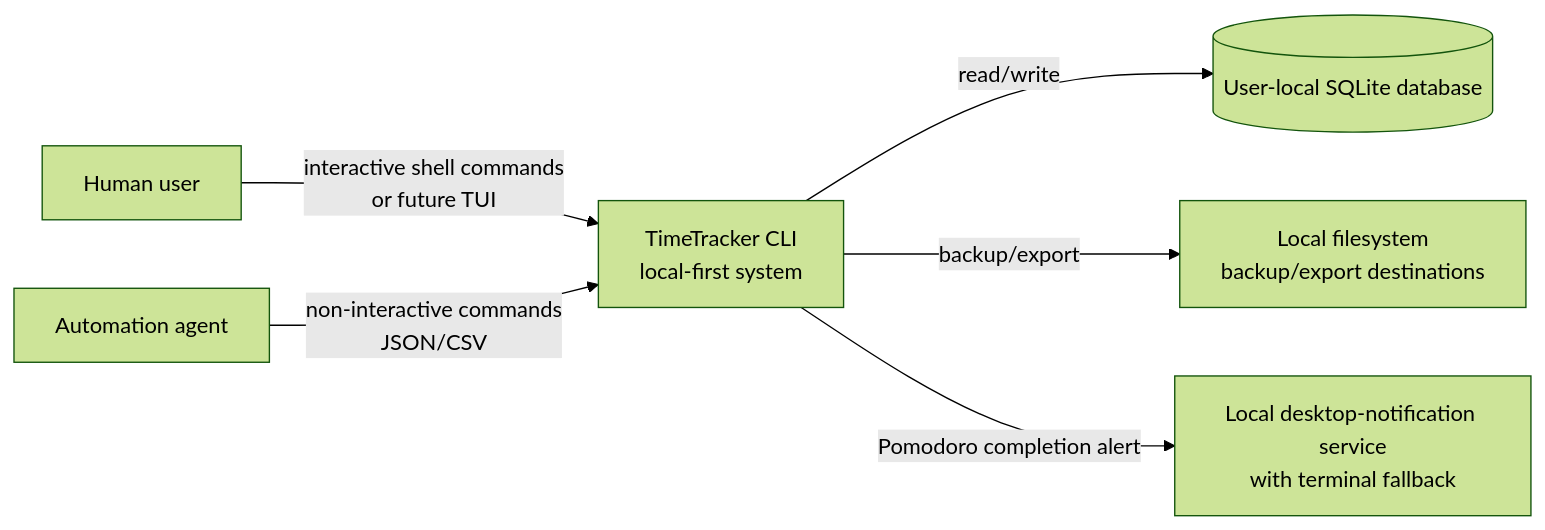
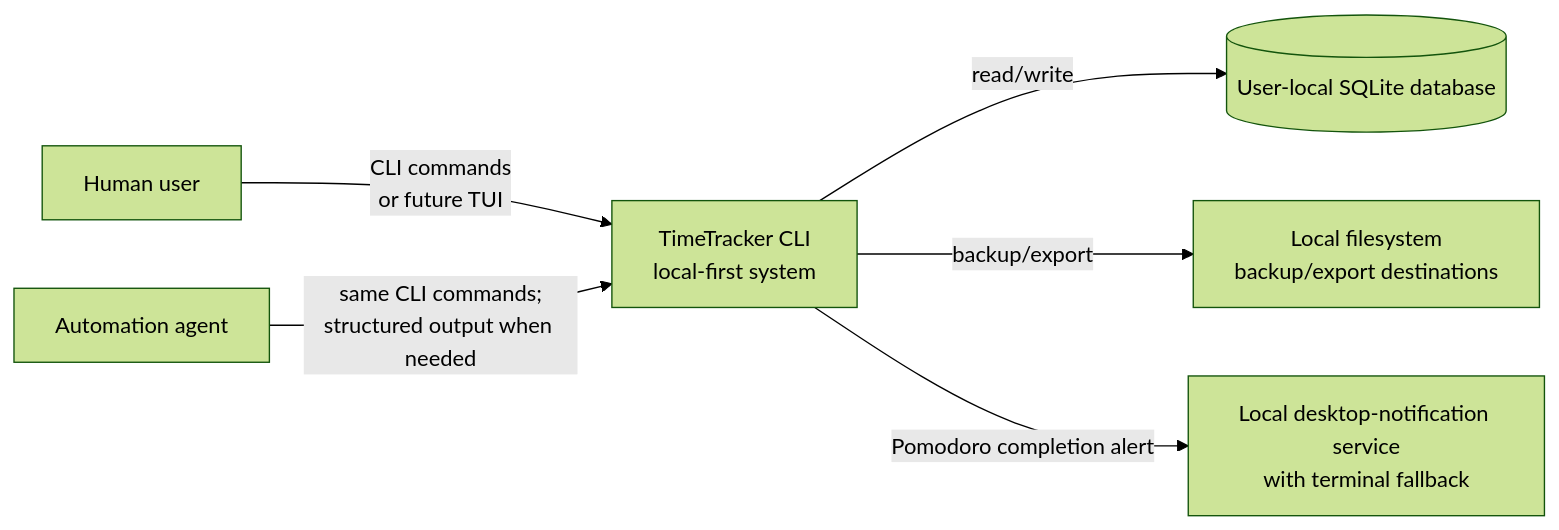
The first of 2 diagrams in specs/001-local-first-cli/architecture.md (acramatte/timetracker-cli), drawn with Mermaid (forest theme) before and after one commit. The commit also changed other lines of this file, not shown here.

Commit message:
docs: clarify shared CLI interface
Clarify the C4 context view so it shows people and automation using one command surface rather than separate human and agent interfaces.

Describe JSON and CSV as optional presentation modes for agents and human scripts, while preserving human-friendly terminal output and a future TUI.

Tests: docs-only change; verified with git diff --cached --check

````diff
--- a/specs/001-local-first-cli/architecture.md
+++ b/specs/001-local-first-cli/architecture.md
@@ -16,15 +16,15 @@
 ```mermaid
 flowchart LR
     human[Human user]
     agent[Automation agent]
     cli[TimeTracker CLI\nlocal-first system]
     data[(User-local SQLite database)]
     os[Local filesystem\nbackup/export destinations]
     notify[Local desktop-notification service\nwith terminal fallback]
 
-    human -->|interactive shell commands\nor future TUI| cli
-    agent -->|non-interactive commands\nJSON/CSV| cli
+    human -->|CLI commands\nor future TUI| cli
+    agent -->|same CLI commands;\nstructured output when needed| cli
     cli -->|read/write| data
     cli -->|backup/export| os
     cli -->|Pomodoro completion alert| notify
 ```
````
